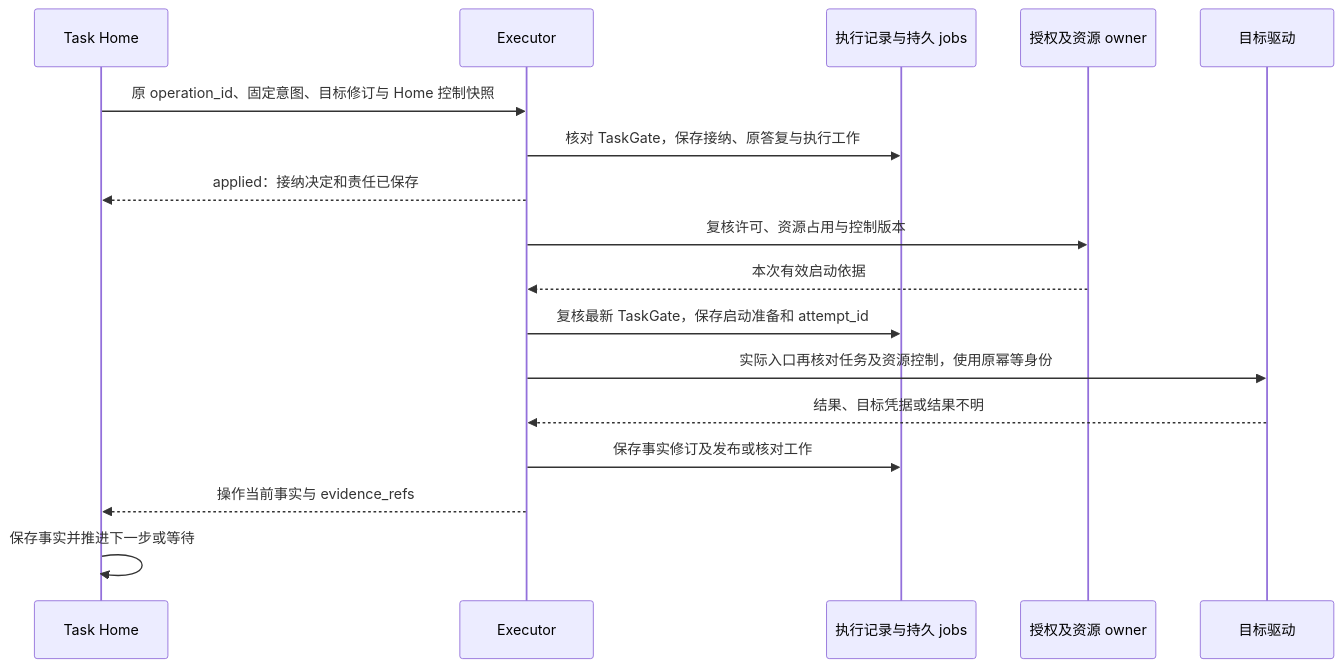
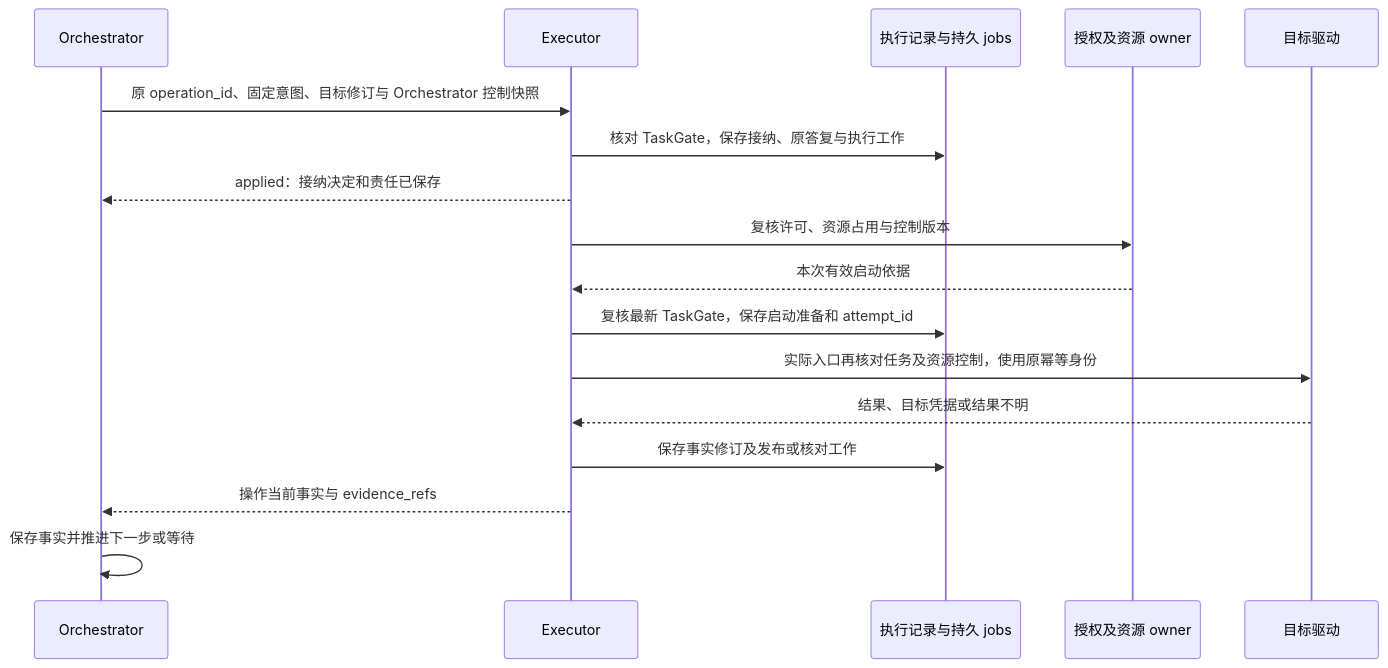
The first of 3 diagrams in docs/architecture/execution/README.md (ruipengliu/lerna), drawn with Mermaid before and after one commit. The commit also changed other lines of this file and 174 other files, not shown here.

Commit message:
docs: rename task runtime to orchestrator

````diff
--- a/docs/architecture/execution/README.md
+++ b/docs/architecture/execution/README.md
@@ -28,19 +28,19 @@
 ```mermaid
 sequenceDiagram
-    participant H as Task Home
+    participant H as Orchestrator
     participant E as Executor
     participant S as 执行记录与持久 jobs
     participant R as 授权及资源 owner
     participant D as 目标驱动
-    H->>E: 原 operation_id、固定意图、目标修订与 Home 控制快照
+    H->>E: 原 operation_id、固定意图、目标修订与 Orchestrator 控制快照
     E->>S: 核对 TaskGate，保存接纳、原答复与执行工作
     E-->>H: applied：接纳决定和责任已保存
     E->>R: 复核许可、资源占用与控制版本
     R-->>E: 本次有效启动依据
     E->>S: 复核最新 TaskGate，保存启动准备和 attempt_id
     E->>D: 实际入口再核对任务及资源控制，使用原幂等身份
     D-->>E: 结果、目标凭据或结果不明
     E->>S: 保存事实修订及发布或核对工作
     E-->>H: 操作当前事实与 evidence_refs
     H->>H: 保存事实并推进下一步或等待
 ```
````
